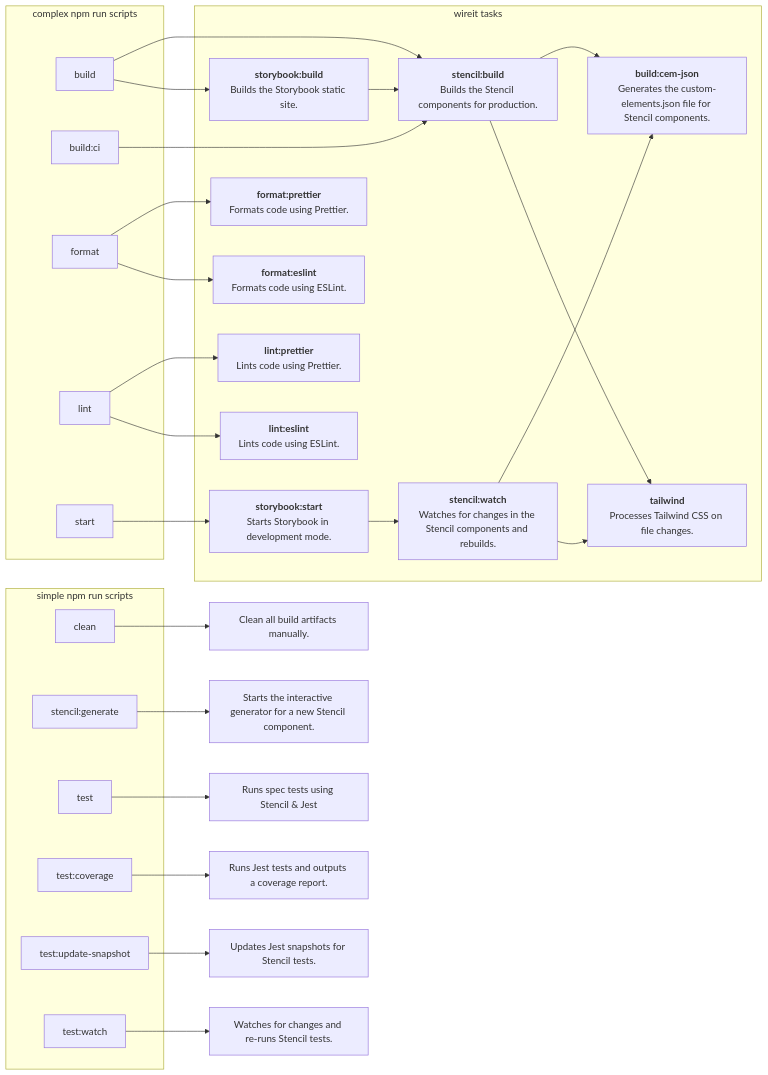
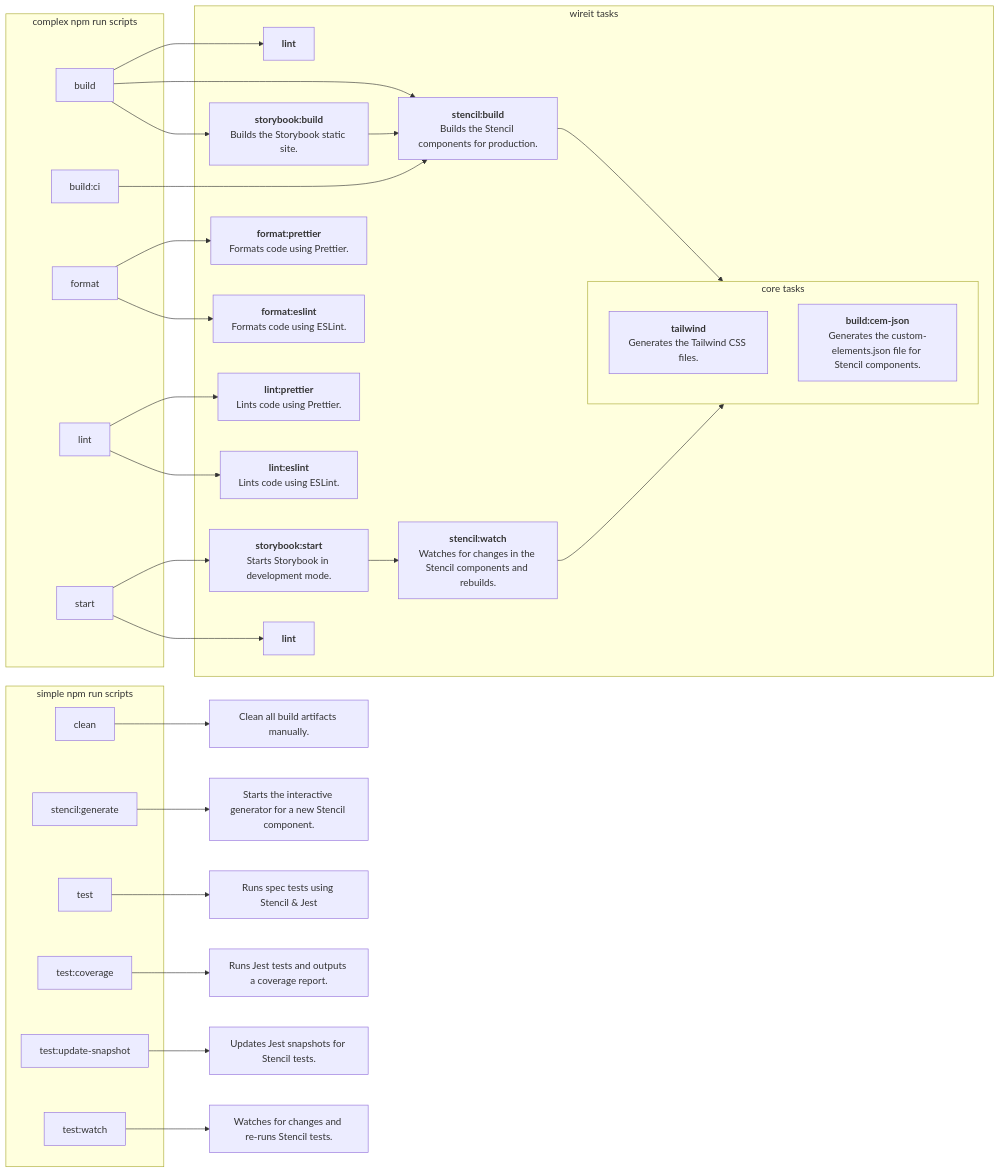
The diagram in docs/build-scripts.md (trimble-oss/modus-wc-2.0), drawn with Mermaid before and after one commit.

Commit message:
subgraph is nicer

````diff
--- a/docs/build-scripts.md
+++ b/docs/build-scripts.md
@@ -14,20 +14,19 @@
 ```mermaid
 graph LR
-
+    build --> lint_1
     build --> stencil_build
     build --> storybook_build
     build:ci --> stencil_build
-    stencil_build --> build_cem_json
-    stencil_build --> tailwind
+    stencil_build --> core_tasks
     storybook_build --> stencil_build
     storybook_start --> stencil_watch
-    stencil_watch --> build_cem_json
-    stencil_watch --> tailwind
+    stencil_watch --> core_tasks
     format --> format_prettier
     format --> format_eslint
     lint --> lint_prettier
     lint --> lint_eslint
     start --> storybook_start
+    start --> lint_2
     clean --> desc0["Clean all build artifacts manually."]
     stencil:generate --> desc1["Starts the interactive generator for a new Stencil component."]
     test --> desc2["Runs spec tests using Stencil & Jest"]
@@ -44,6 +43,18 @@
     end
 
     subgraph wireit tasks
+
+        subgraph core_tasks["core tasks"]
+            tailwind
+            build_cem_json
+        end
+
+        lint_1["`
+            **lint**
+        `"]
+        lint_2["`
+            **lint**
+        `"]
         stencil_build["`
             **stencil:build**
             Builds the Stencil components for production.
@@ -66,7 +77,7 @@
         `"]
         tailwind["`
             **tailwind**
-            Processes Tailwind CSS on file changes.
+            Generates the Tailwind CSS files.
         `"]
         format_prettier["`
             **format:prettier**
````
